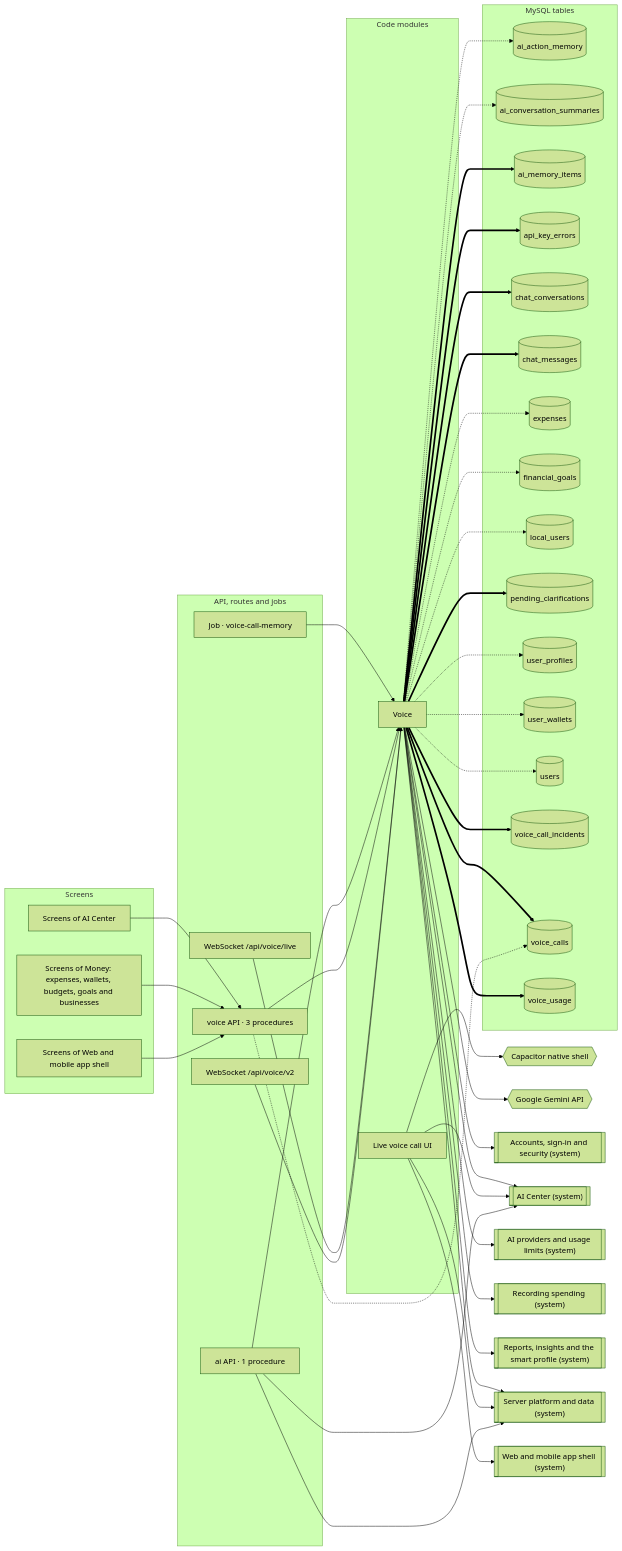
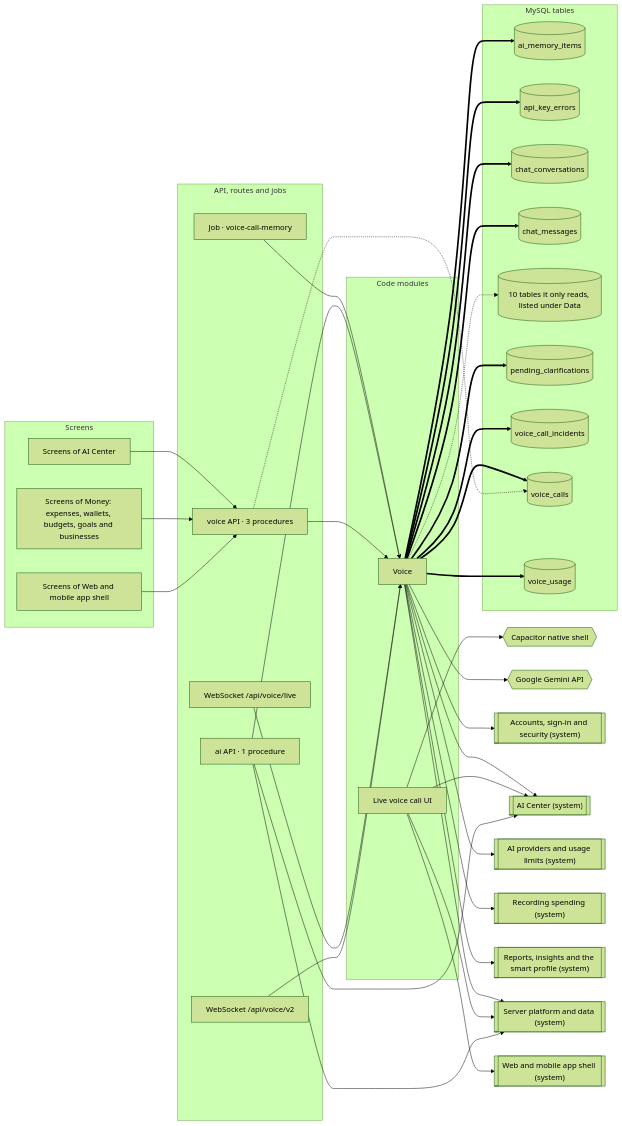
The diagram in docs/atlas/systems/voice-calls.md (mahmoudtaherr111/smartspend_mini_all), drawn with Mermaid (forest theme) before and after one commit. The commit also changed other lines of this file and 55 other files, not shown here.

First line of the commit message:
feat(voice): the call reads what was already written, finishes what waits, on models Google serves

```diff
--- a/docs/atlas/systems/voice-calls.md
+++ b/docs/atlas/systems/voice-calls.md
@@ -29,19 +29,12 @@
     mod_web_voice_call["Live voice call UI"]
   end
   subgraph g_tables["MySQL tables"]
-    tbl_ai_action_memory[("ai_action_memory")]
-    tbl_ai_conversation_summaries[("ai_conversation_summaries")]
     tbl_ai_memory_items[("ai_memory_items")]
     tbl_api_key_errors[("api_key_errors")]
     tbl_chat_conversations[("chat_conversations")]
     tbl_chat_messages[("chat_messages")]
-    tbl_expenses[("expenses")]
-    tbl_financial_goals[("financial_goals")]
-    tbl_local_users[("local_users")]
+    tbl_more[("10 tables it only reads, listed under Data")]
     tbl_pending_clarifications[("pending_clarifications")]
-    tbl_user_profiles[("user_profiles")]
-    tbl_user_wallets[("user_wallets")]
-    tbl_users[("users")]
     tbl_voice_call_incidents[("voice_call_incidents")]
     tbl_voice_calls[("voice_calls")]
     tbl_voice_usage[("voice_usage")]
@@ -63,14 +56,7 @@
   mod_voice --> sys_expense_capture
   mod_voice --> sys_insights
   mod_voice --> sys_platform
-  mod_voice -.-> tbl_ai_action_memory
-  mod_voice -.-> tbl_ai_conversation_summaries
-  mod_voice -.-> tbl_expenses
-  mod_voice -.-> tbl_financial_goals
-  mod_voice -.-> tbl_local_users
-  mod_voice -.-> tbl_user_profiles
-  mod_voice -.-> tbl_user_wallets
-  mod_voice -.-> tbl_users
+  mod_voice -.-> tbl_more
   mod_voice ==> tbl_ai_memory_items
   mod_voice ==> tbl_api_key_errors
   mod_voice ==> tbl_chat_conversations
```
